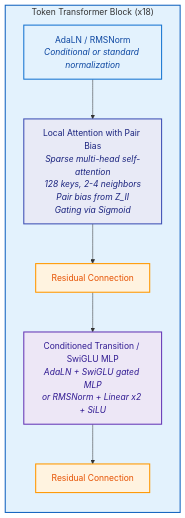
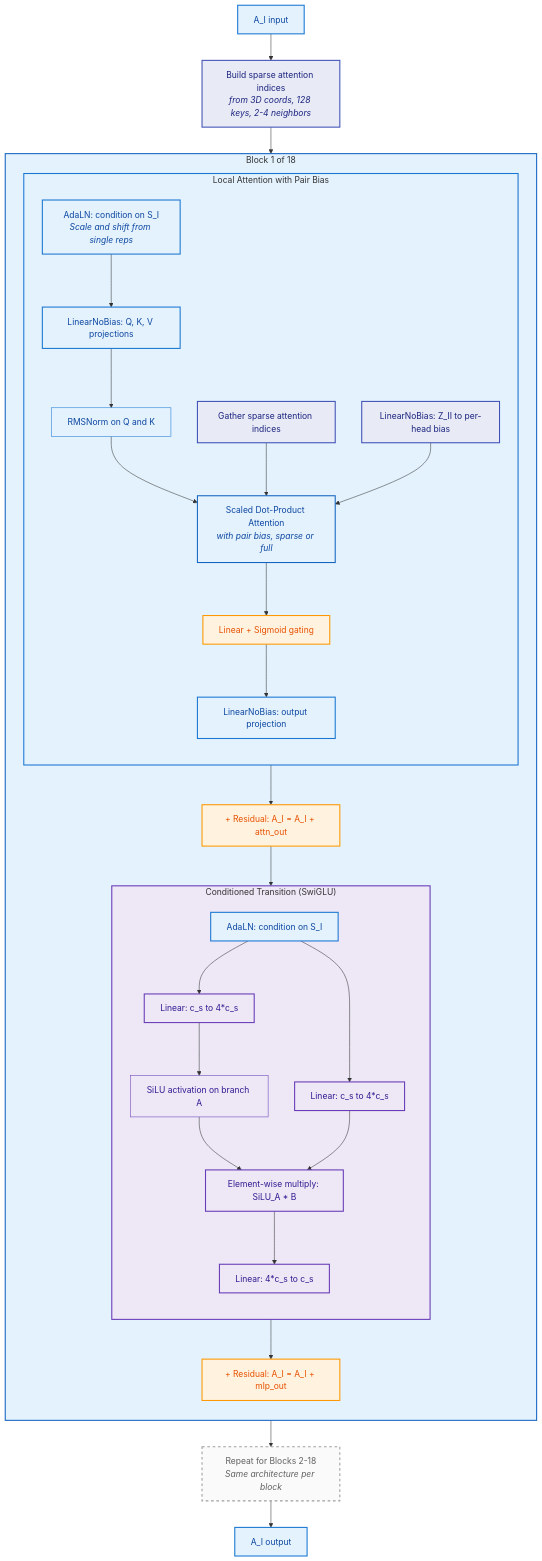
The fourth of 5 diagrams in models/rfd3/RFD3_architecture_mermaid.md (RTae/foundry), drawn with Mermaid before and after one commit. The commit also changed other lines of this file, not shown here.

Commit message:
refactor: enhance RFD3 architecture documentation with detailed breakdown of model components and flow

````diff
--- a/models/rfd3/RFD3_architecture_mermaid.md
+++ b/models/rfd3/RFD3_architecture_mermaid.md
@@ -127,19 +266,66 @@
 ```mermaid
 flowchart TD
-    subgraph TokenTransformerBlock["Token Transformer Block (x18)"]
+    TINPUT[A_I input] --> IDX[Build sparse attention indices<br><i>from 3D coords, 128 keys, 2-4 neighbors</i>]
+    IDX --> TBLOCK1
+
+    subgraph TBLOCK1["Block 1 of 18"]
         direction TB
-        C1[AdaLN / RMSNorm<br><i>Conditional or standard normalization</i>]
-        C2[Local Attention with Pair Bias<br><i>Sparse multi-head self-attention<br>128 keys, 2-4 neighbors<br>Pair bias from Z_II<br>Gating via Sigmoid</i>]
-        C3[Residual Connection]
-        C4[Conditioned Transition / SwiGLU MLP<br><i>AdaLN + SwiGLU gated MLP<br>or RMSNorm + Linear x2 + SiLU</i>]
-        C5[Residual Connection]
-        C1 --> C2 --> C3 --> C4 --> C5
+        subgraph TAttn["Local Attention with Pair Bias"]
+            direction TB
+            TN1[AdaLN: condition on S_I<br><i>Scale and shift from single reps</i>]
+            TQKV[LinearNoBias: Q, K, V projections]
+            TQKNORM[RMSNorm on Q and K]
+            TGATHER[Gather sparse attention indices]
+            TBIAS[LinearNoBias: Z_II to per-head bias]
+            TSDPA[Scaled Dot-Product Attention<br><i>with pair bias, sparse or full</i>]
+            TGATE[Linear + Sigmoid gating]
+            TOUT[LinearNoBias: output projection]
+            TN1 --> TQKV --> TQKNORM --> TSDPA
+            TGATHER --> TSDPA
+            TBIAS --> TSDPA
+            TSDPA --> TGATE --> TOUT
+        end
+        TRES1[+ Residual: A_I = A_I + attn_out]
+        subgraph TMLP["Conditioned Transition (SwiGLU)"]
+            direction TB
+            TAN[AdaLN: condition on S_I]
+            TLIN1[Linear: c_s to 4*c_s]
+            TLIN2[Linear: c_s to 4*c_s]
+            TSILU[SiLU activation on branch A]
+            TMULT[Element-wise multiply: SiLU_A * B]
+            TLIN3[Linear: 4*c_s to c_s]
+            TAN --> TLIN1 --> TSILU --> TMULT
+            TAN --> TLIN2 --> TMULT
+            TMULT --> TLIN3
+        end
+        TRES2[+ Residual: A_I = A_I + mlp_out]
+        TAttn --> TRES1 --> TMLP --> TRES2
     end
 
-    style C1 fill:#e3f2fd,stroke:#1976D2,stroke-width:2px,color:#0D47A1
-    style C2 fill:#e8eaf6,stroke:#3F51B5,stroke-width:2px,color:#1A237E
-    style C3 fill:#fff3e0,stroke:#FF9800,stroke-width:2px,color:#E65100
-    style C4 fill:#ede7f6,stroke:#673AB7,stroke-width:2px,color:#311B92
-    style C5 fill:#fff3e0,stroke:#FF9800,stroke-width:2px,color:#E65100
-    style TokenTransformerBlock fill:#e3f2fd,stroke:#1565C0,stroke-width:2px
+    TBLOCK1 --> TREPEAT["Repeat for Blocks 2-18<br><i>Same architecture per block</i>"]
+    TREPEAT --> TOUTQ[A_I output]
+
+    style TINPUT fill:#e3f2fd,stroke:#1976D2,stroke-width:2px,color:#0D47A1
+    style IDX fill:#e8eaf6,stroke:#3F51B5,stroke-width:2px,color:#1A237E
+    style TN1 fill:#e3f2fd,stroke:#1976D2,stroke-width:2px,color:#0D47A1
+    style TQKV fill:#e3f2fd,stroke:#1976D2,stroke-width:2px,color:#0D47A1
+    style TQKNORM fill:#e3f2fd,stroke:#1976D2,stroke-width:1px,color:#0D47A1
+    style TGATHER fill:#e8eaf6,stroke:#3F51B5,stroke-width:2px,color:#1A237E
+    style TBIAS fill:#e8eaf6,stroke:#3F51B5,stroke-width:2px,color:#1A237E
+    style TSDPA fill:#e3f2fd,stroke:#1565C0,stroke-width:2px,color:#0D47A1
+    style TGATE fill:#fff3e0,stroke:#FF9800,stroke-width:2px,color:#E65100
+    style TOUT fill:#e3f2fd,stroke:#1976D2,stroke-width:2px,color:#0D47A1
+    style TRES1 fill:#fff3e0,stroke:#FF9800,stroke-width:2px,color:#E65100
+    style TAN fill:#e3f2fd,stroke:#1976D2,stroke-width:2px,color:#0D47A1
+    style TLIN1 fill:#ede7f6,stroke:#673AB7,stroke-width:2px,color:#311B92
+    style TLIN2 fill:#ede7f6,stroke:#673AB7,stroke-width:2px,color:#311B92
+    style TSILU fill:#ede7f6,stroke:#673AB7,stroke-width:1px,color:#311B92
+    style TMULT fill:#ede7f6,stroke:#673AB7,stroke-width:2px,color:#311B92
+    style TLIN3 fill:#ede7f6,stroke:#673AB7,stroke-width:2px,color:#311B92
+    style TRES2 fill:#fff3e0,stroke:#FF9800,stroke-width:2px,color:#E65100
+    style TREPEAT fill:#fafafa,stroke:#9E9E9E,stroke-width:2px,stroke-dasharray:5 5,color:#616161
+    style TOUTQ fill:#e3f2fd,stroke:#1976D2,stroke-width:2px,color:#0D47A1
+    style TAttn fill:#e3f2fd,stroke:#1976D2,stroke-width:2px
+    style TMLP fill:#ede7f6,stroke:#673AB7,stroke-width:2px
+    style TBLOCK1 fill:#e3f2fd,stroke:#1565C0,stroke-width:2px
 ```
````
